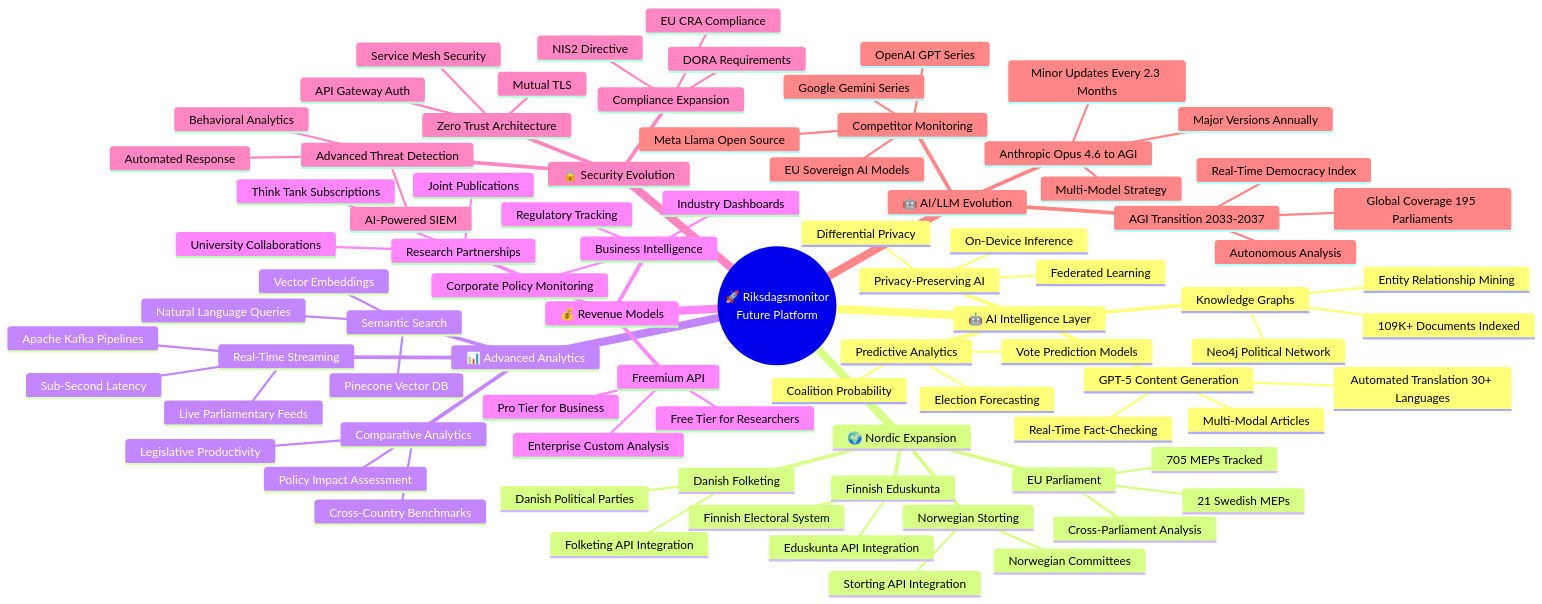
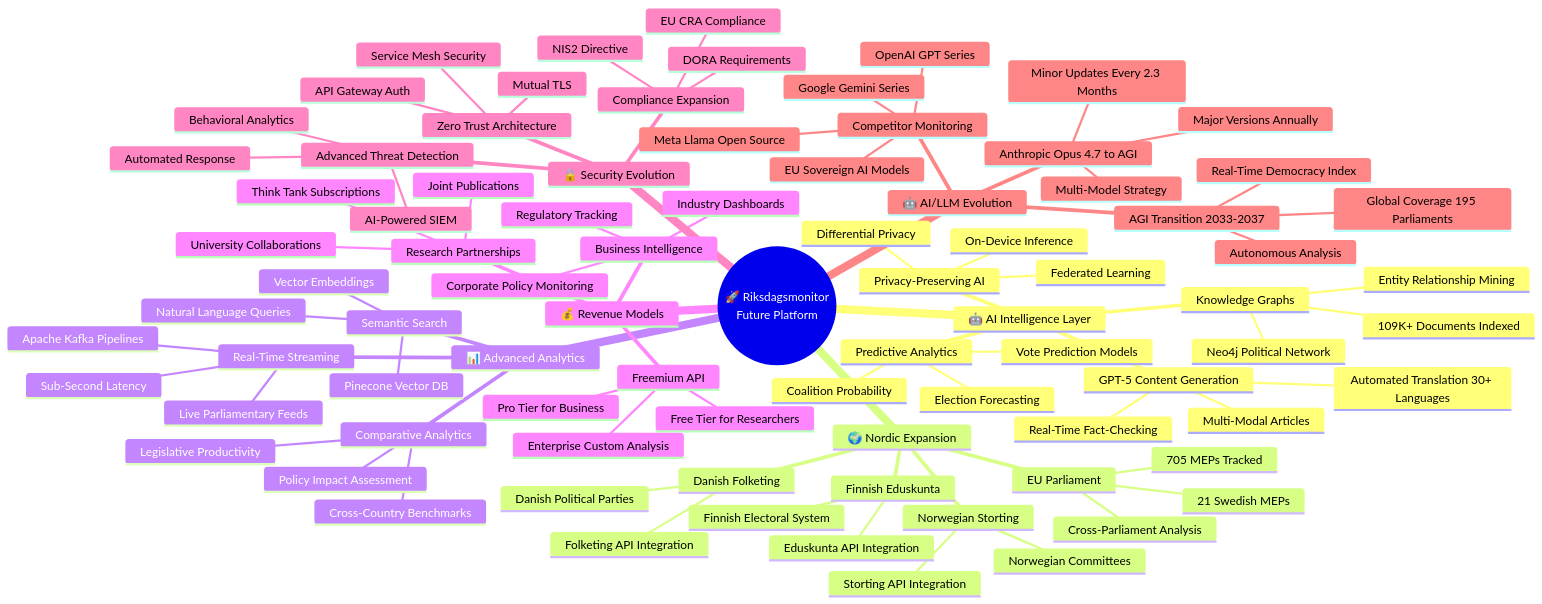
The first of 10 diagrams in FUTURE_MINDMAP.md (Hack23/riksdagsmonitor), drawn with Mermaid before and after one commit. The commit also changed other lines of this file and 15 other files, not shown here.

```diff
--- a/FUTURE_MINDMAP.md
+++ b/FUTURE_MINDMAP.md
@@ -124,7 +124,7 @@
         NIS2 Directive
         DORA Requirements
     🤖 AI/LLM Evolution
-      Anthropic Opus 4.6 to AGI
+      Anthropic Opus 4.7 to AGI
         Minor Updates Every 2.3 Months
         Major Versions Annually
         Multi-Model Strategy
```
